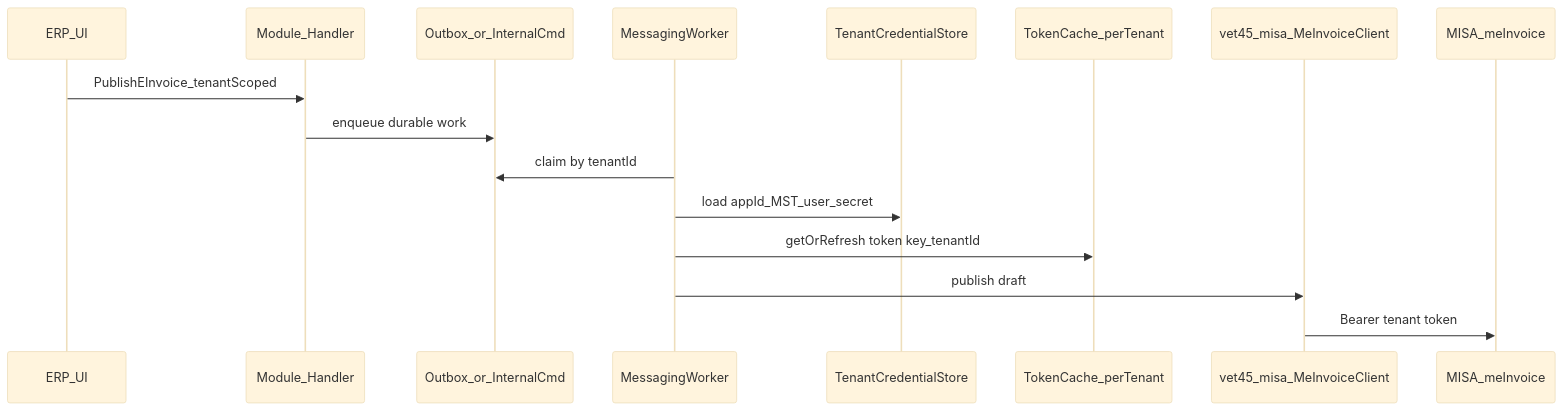
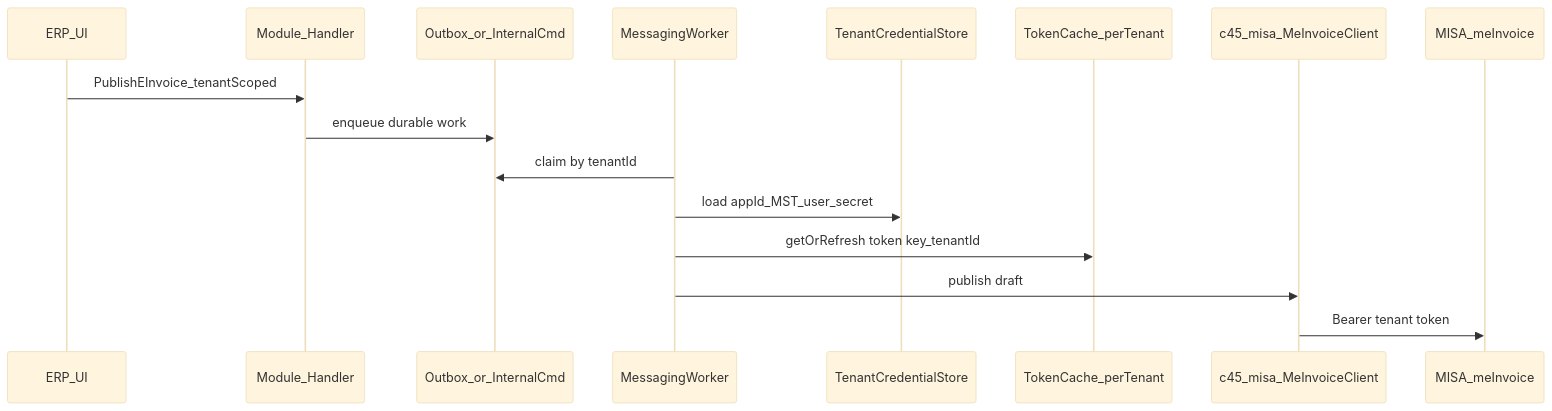
One commit to DsChien102/erp-sales-inventory changed the first of 5 diagrams in docs/themes/TH-08-e-invoice/harness/03-architecture-and-flows.md. Above: the diagram before and after it, drawn with Mermaid (base theme). The commit also changed other lines of this file and 2135 other files, not shown here.

````diff
--- a/docs/themes/TH-08-e-invoice/harness/03-architecture-and-flows.md
+++ b/docs/themes/TH-08-e-invoice/harness/03-architecture-and-flows.md
@@ -54,19 +54,19 @@
 ```mermaid
 sequenceDiagram
   participant UI as ERP_UI
   participant App as Module_Handler
   participant OB as Outbox_or_InternalCmd
   participant W as MessagingWorker
   participant Cred as TenantCredentialStore
   participant Tok as TokenCache_perTenant
-  participant Misa as vet45_misa_MeInvoiceClient
+  participant Misa as c45_misa_MeInvoiceClient
   participant API as MISA_meInvoice
 
   UI->>App: PublishEInvoice_tenantScoped
   App->>OB: enqueue durable work
   W->>OB: claim by tenantId
   W->>Cred: load appId_MST_user_secret
   W->>Tok: getOrRefresh token key_tenantId
   W->>Misa: publish draft
   Misa->>API: Bearer tenant token
 ```
````
